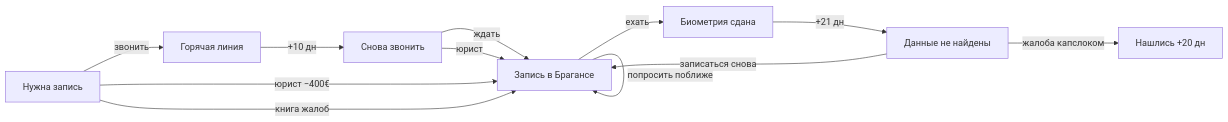
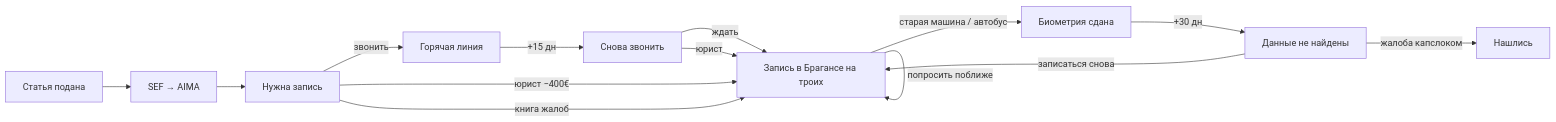
One commit to Lahmatov/sad-migrants-game changed the third of 3 diagrams in docs/tree.md. Above: the diagram before and after it, drawn with Mermaid. The commit also changed other lines of this file and 16 other files, not shown here.

````diff
--- a/docs/tree.md
+++ b/docs/tree.md
@@ -129,13 +136,14 @@
 ```mermaid
 flowchart LR
-    need[Нужна запись] -->|звонить| call[Горячая линия] -->|+10 дн| again[Снова звонить]
+    mi[Статья подана] --> sef[SEF → AIMA] --> need[Нужна запись]
+    need -->|звонить| call[Горячая линия] -->|+15 дн| again[Снова звонить]
     again -->|ждать| slot
     again -->|юрист| slot
-    need -->|юрист −400€| slot[Запись в Брагансе]
+    need -->|юрист −400€| slot[Запись в Брагансе на троих]
     need -->|книга жалоб| slot
     slot -->|попросить поближе| slot
-    slot -->|ехать| bio[Биометрия сдана]
-    bio -->|+21 дн| lost[Данные не найдены]
+    slot -->|старая машина / автобус| bio[Биометрия сдана]
+    bio -->|+30 дн| lost[Данные не найдены]
     lost -->|записаться снова| slot
-    lost -->|жалоба капслоком| found[Нашлись +20 дн]
+    lost -->|жалоба капслоком| found[Нашлись]
 ```
````
